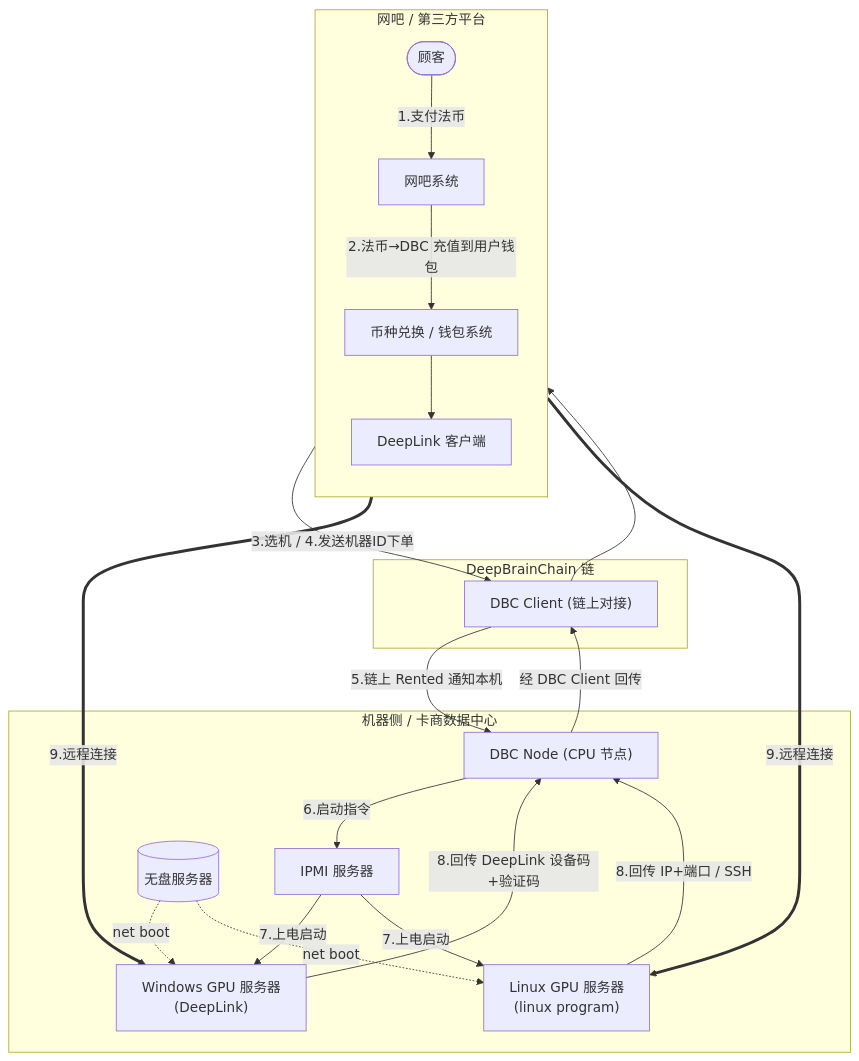
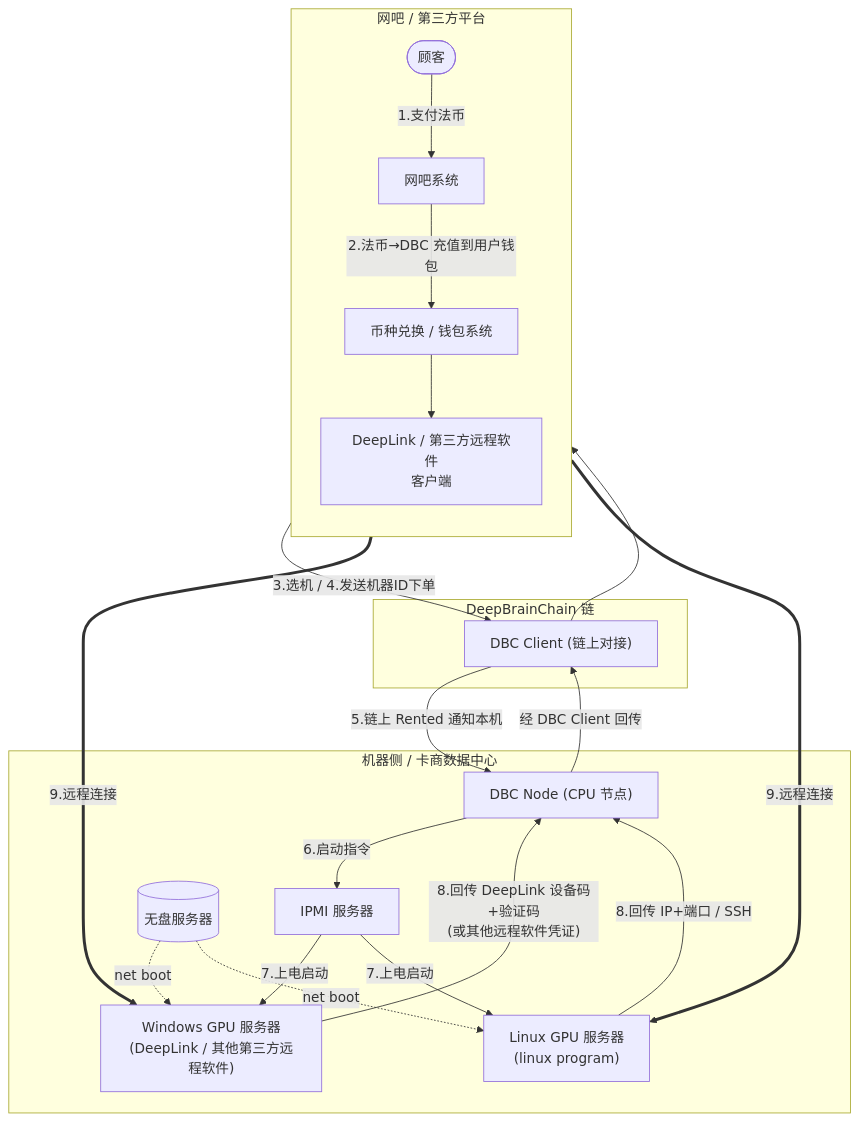
One commit to DeepBrainChain/DBC-Wiki changed the diagram in docs/onchain-guide/bare-metal-rental-integration.md. Above: the diagram before and after it, drawn with Mermaid. The commit also changed other lines of this file, not shown here.

Commit message:
docs(bare-metal): note remote access not limited to DeepLink (3rd-party remote software supported)

````diff
--- a/docs/onchain-guide/bare-metal-rental-integration.md
+++ b/docs/onchain-guide/bare-metal-rental-integration.md
@@ -40,36 +40,36 @@
 ```mermaid
 flowchart TB
   subgraph CAFE["网吧 / 第三方平台"]
     direction TB
     customer([顾客])
     cafesys["网吧系统"]
     currency["币种兑换 / 钱包系统"]
-    deeplink["DeepLink 客户端"]
+    deeplink["DeepLink / 第三方远程软件<br/>客户端"]
     customer -->|"1.支付法币"| cafesys
     cafesys -->|"2.法币→DBC 充值到用户钱包"| currency
     currency --> deeplink
   end
   subgraph CHAIN["DeepBrainChain 链"]
     dbcclient["DBC Client (链上对接)"]
   end
   subgraph DC["机器侧 / 卡商数据中心"]
     dbcnode["DBC Node (CPU 节点)"]
     ipmi["IPMI 服务器"]
     diskless[("无盘服务器")]
-    gpuwin["Windows GPU 服务器<br/>(DeepLink)"]
+    gpuwin["Windows GPU 服务器<br/>(DeepLink / 其他第三方远程软件)"]
     gpulinux["Linux GPU 服务器<br/>(linux program)"]
   end
   deeplink -->|"3.选机 / 4.发送机器ID下单"| dbcclient
   dbcclient -->|"5.链上 Rented 通知本机"| dbcnode
   dbcnode -->|"6.启动指令"| ipmi
   ipmi -->|"7.上电启动"| gpuwin
   ipmi -->|"7.上电启动"| gpulinux
   diskless -. "net boot" .-> gpuwin
   diskless -. "net boot" .-> gpulinux
-  gpuwin -->|"8.回传 DeepLink 设备码+验证码"| dbcnode
+  gpuwin -->|"8.回传 DeepLink 设备码+验证码<br/>(或其他远程软件凭证)"| dbcnode
   gpulinux -->|"8.回传 IP+端口 / SSH"| dbcnode
   dbcnode -->|"经 DBC Client 回传"| dbcclient
   dbcclient --> deeplink
   deeplink ==>|"9.远程连接"| gpuwin
   deeplink ==>|"9.远程连接"| gpulinux
 ```
````
